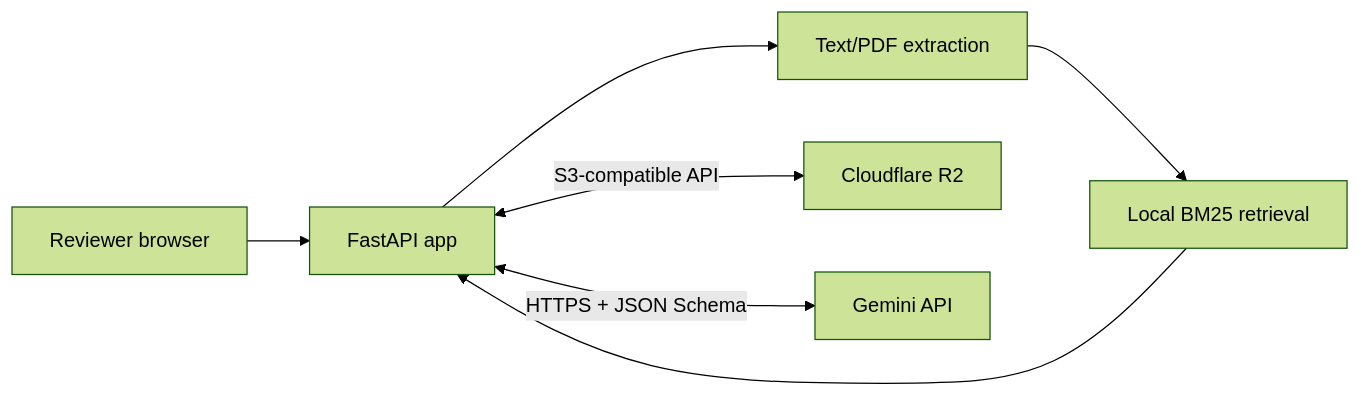
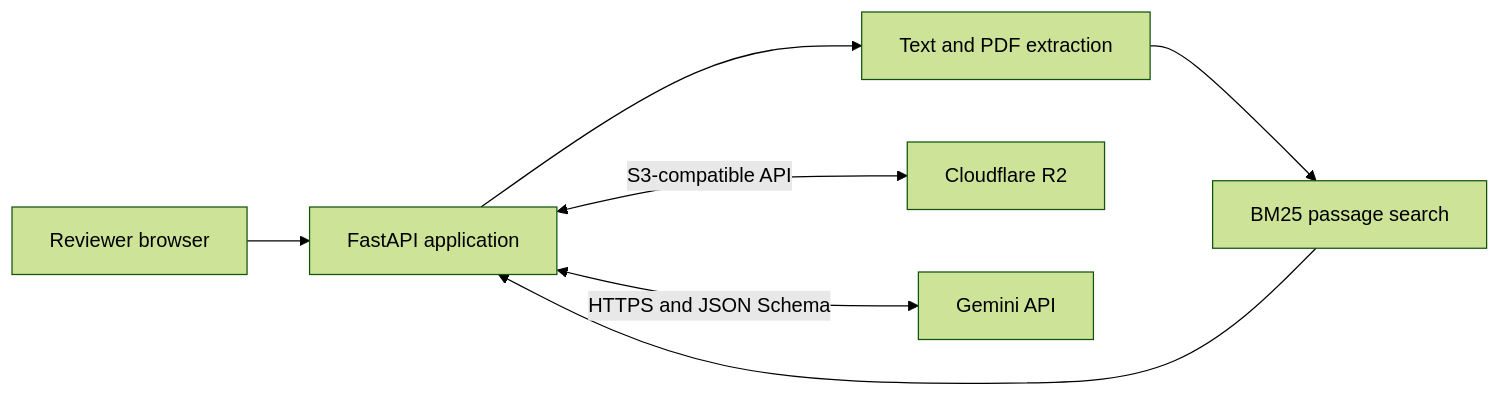
Before and after one commit to Mehulupase01/Claim-Evidence-Verification-Studio-WIP: the diagram in README.md, drawn with Mermaid (forest theme). The commit also changed other lines of this file and 2 other files, not shown here.

````diff
--- a/README.md
+++ b/README.md
@@ -20,9 +28,9 @@
 ```mermaid
 flowchart LR
-    Browser[Reviewer browser] --> API[FastAPI app]
-    API --> Extract[Text/PDF extraction]
-    Extract --> BM25[Local BM25 retrieval]
+    Browser[Reviewer browser] --> API[FastAPI application]
+    API --> Extract[Text and PDF extraction]
+    Extract --> Search[BM25 passage search]
     API <-->|S3-compatible API| R2[Cloudflare R2]
-    BM25 --> API
-    API <-->|HTTPS + JSON Schema| Gemini[Gemini API]
+    Search --> API
+    API <-->|HTTPS and JSON Schema| Gemini[Gemini API]
 ```
````
